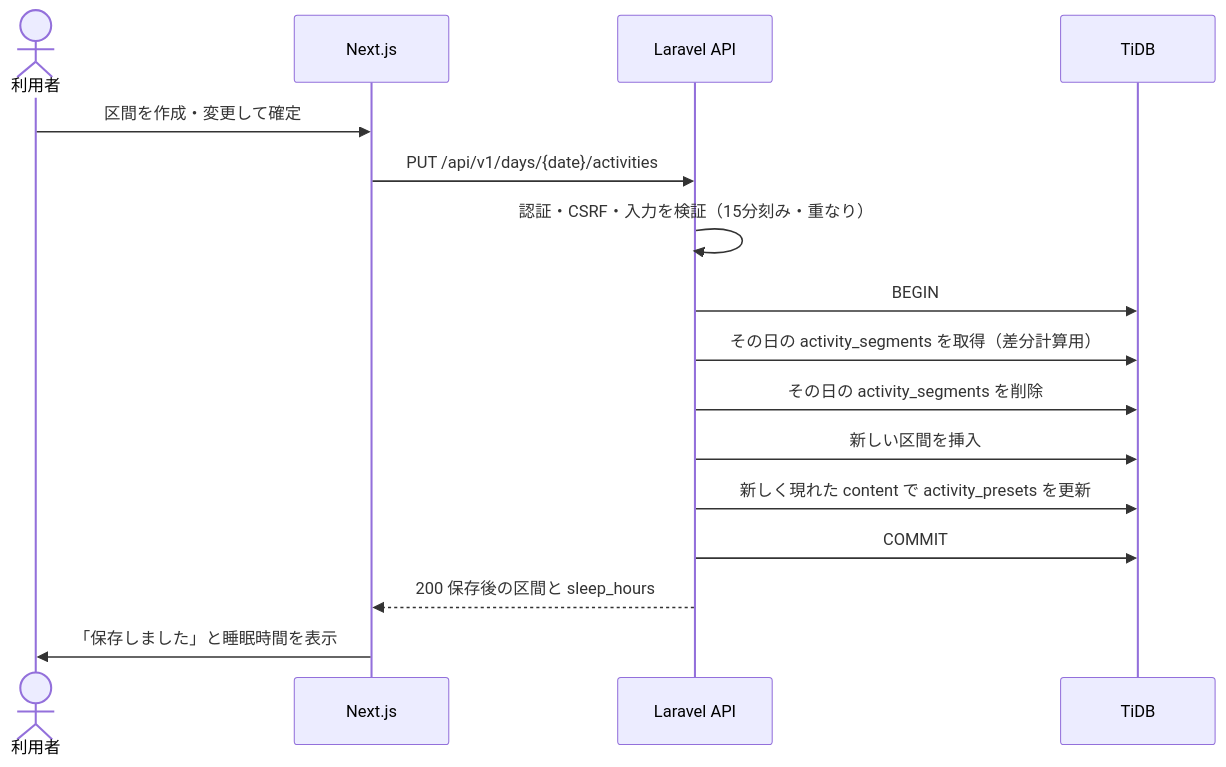
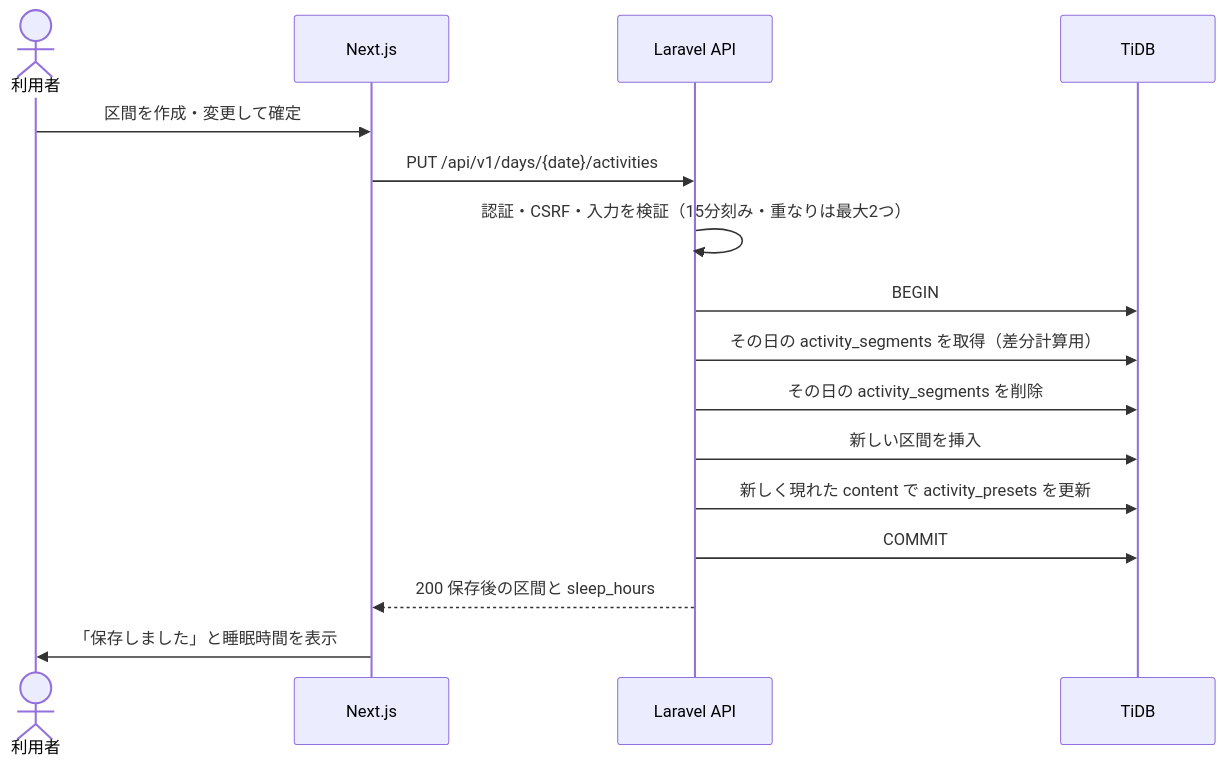
One commit to fm5889rx/repace-app changed the diagram in docs/design/F-03_24時間行動記録入力.md. Above: the diagram before and after it, drawn with Mermaid. The commit also changed other lines of this file and 4 other files, not shown here.

````diff
--- a/docs/design/F-03_24時間行動記録入力.md
+++ b/docs/design/F-03_24時間行動記録入力.md
@@ -97,18 +112,18 @@
 ```mermaid
 sequenceDiagram
     actor U as 利用者
     participant F as Next.js
     participant A as Laravel API
     participant D as TiDB
     U->>F: 区間を作成・変更して確定
     F->>A: PUT /api/v1/days/{date}/activities
-    A->>A: 認証・CSRF・入力を検証（15分刻み・重なり）
+    A->>A: 認証・CSRF・入力を検証（15分刻み・重なりは最大2つ）
     A->>D: BEGIN
     A->>D: その日の activity_segments を取得（差分計算用）
     A->>D: その日の activity_segments を削除
     A->>D: 新しい区間を挿入
     A->>D: 新しく現れた content で activity_presets を更新
     A->>D: COMMIT
     A-->>F: 200 保存後の区間と sleep_hours
     F->>U: 「保存しました」と睡眠時間を表示
 ```
````
